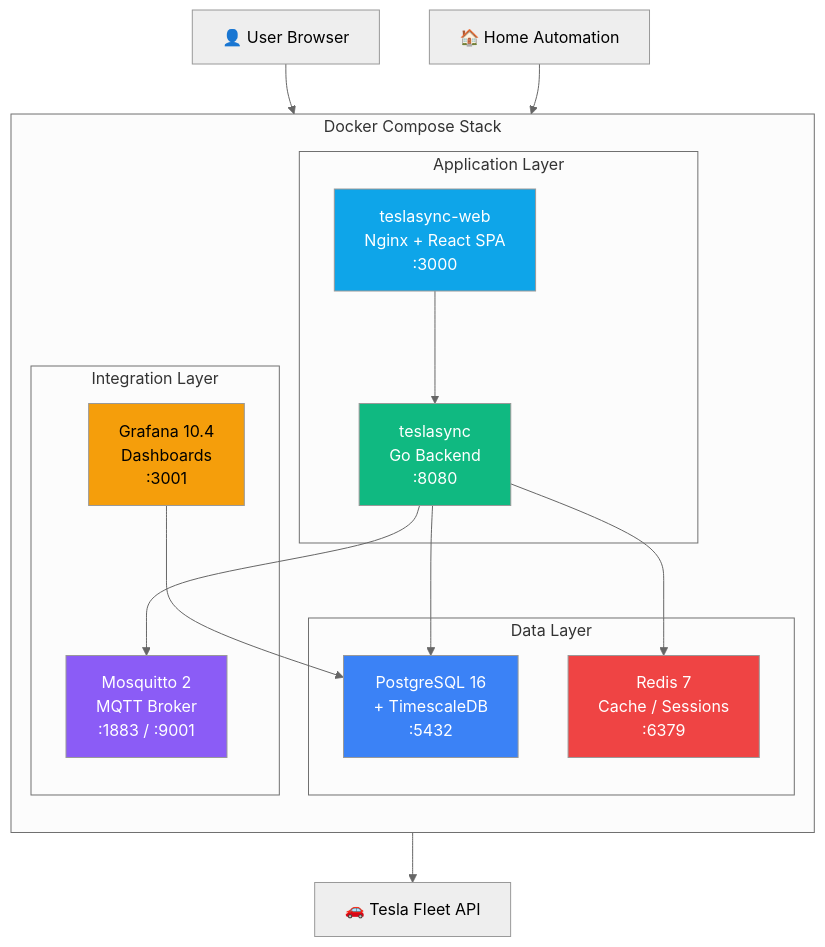
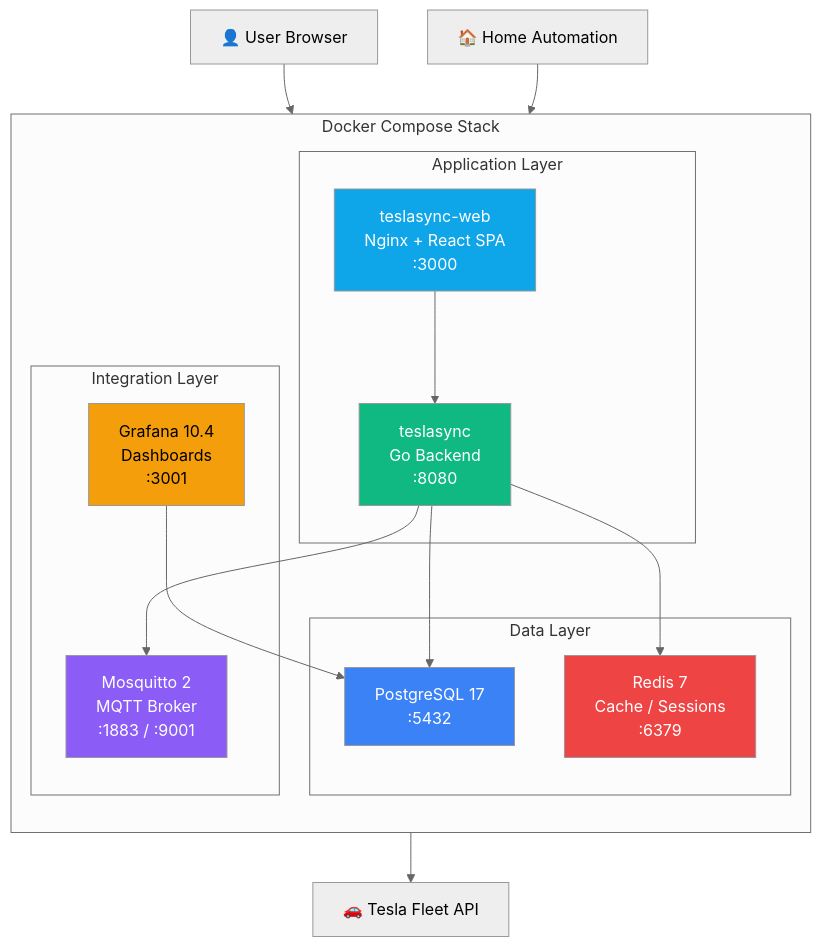
The first of 7 diagrams in docs/guide/diagrams.md (ev-dev-labs/teslasync), drawn with Mermaid (neutral theme) before and after one commit. The commit also changed other lines of this file and 26 other files, not shown here.

First line of the commit message:
feat: migrate from TimescaleDB to plain PostgreSQL 17

````diff
--- a/docs/guide/diagrams.md
+++ b/docs/guide/diagrams.md
@@ -7,34 +7,34 @@
 ```mermaid
 graph TB
     subgraph Docker["Docker Compose Stack"]
         direction TB
         subgraph App["Application Layer"]
             Web["teslasync-web<br/>Nginx + React SPA<br/>:3000"]
             API["teslasync<br/>Go Backend<br/>:8080"]
         end
         subgraph Data["Data Layer"]
-            PG["PostgreSQL 16<br/>+ TimescaleDB<br/>:5432"]
+            PG["PostgreSQL 17<br/>:5432"]
             Redis["Redis 7<br/>Cache / Sessions<br/>:6379"]
         end
         subgraph Integration["Integration Layer"]
             Grafana["Grafana 10.4<br/>Dashboards<br/>:3001"]
             Mosquitto["Mosquitto 2<br/>MQTT Broker<br/>:1883 / :9001"]
         end
     end
 
     User["👤 User Browser"] --> Web
     Web --> API
     API --> PG
     API --> Redis
     API --> Mosquitto
     Grafana --> PG
     API --> TeslaAPI["🚗 Tesla Fleet API"]
     HomeAuto["🏠 Home Automation"] --> Mosquitto
 
     style Web fill:#0ea5e9,color:#fff
     style API fill:#10b981,color:#fff
     style PG fill:#3b82f6,color:#fff
     style Redis fill:#ef4444,color:#fff
     style Grafana fill:#f59e0b,color:#000
     style Mosquitto fill:#8b5cf6,color:#fff
 ```
````
